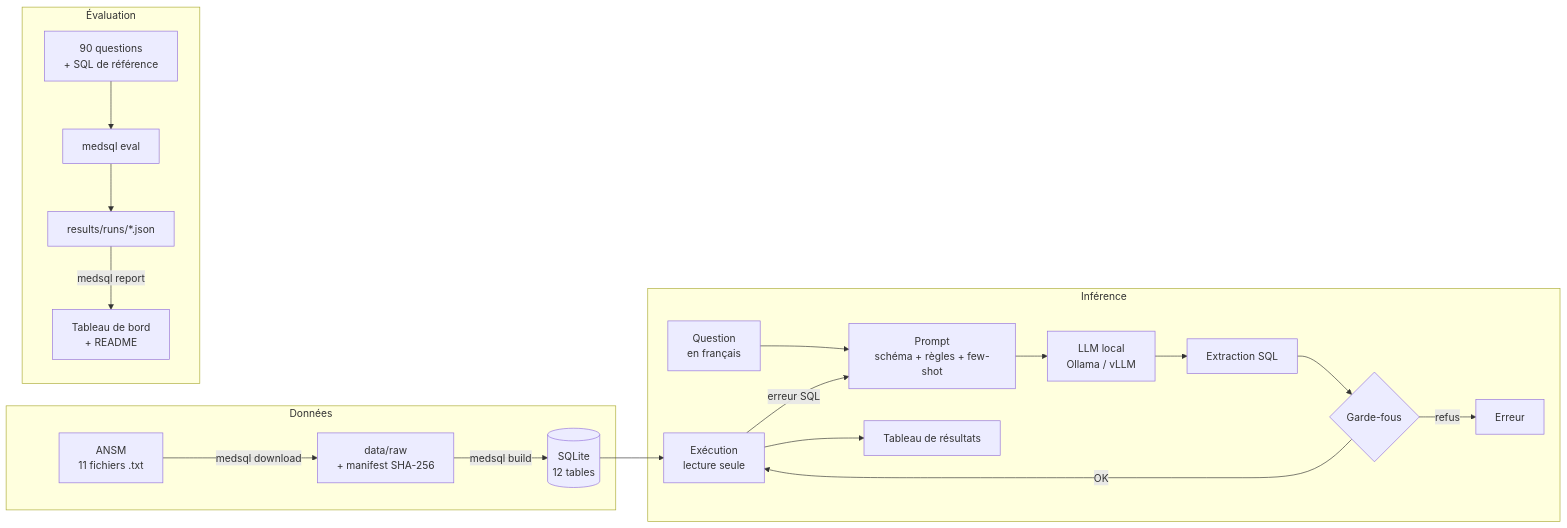
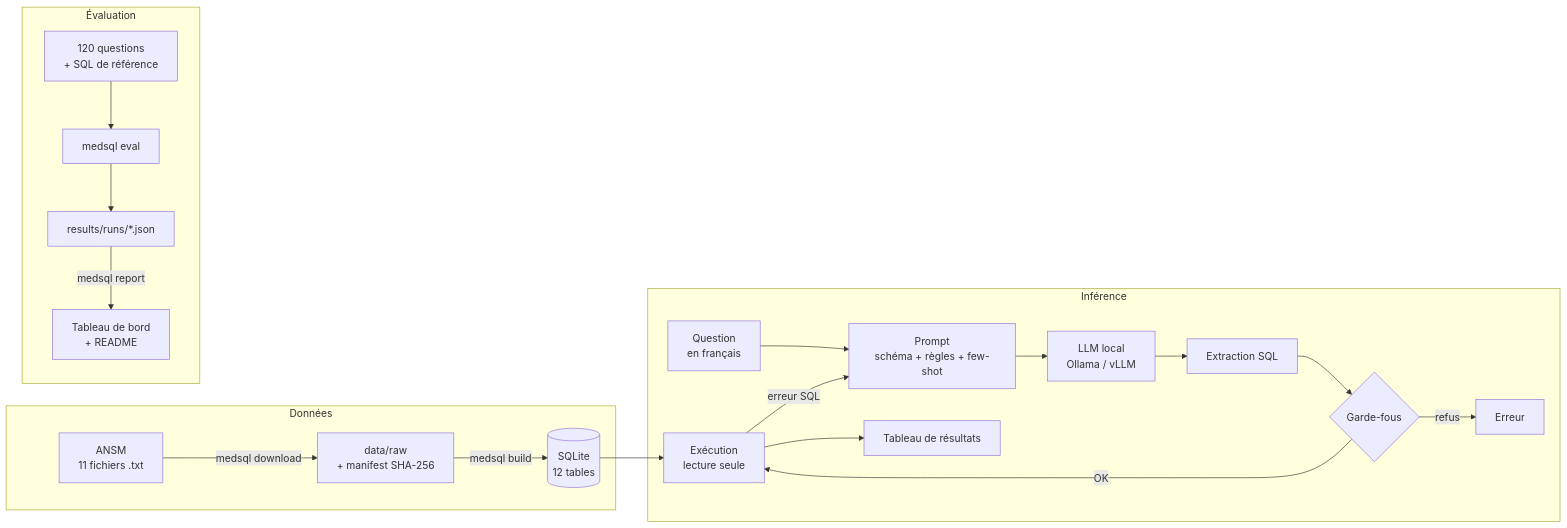
Before and after one commit to GracielaTHOO/TEXT_TO_SQL4DRUGS: the diagram in docs/architecture.md, drawn with Mermaid. The commit also changed 22 other files, not shown here.

First line of the commit message:
feat(eval): abstention sur 10 questions hors périmètre, jeu porté à 120

````diff
--- a/docs/architecture.md
+++ b/docs/architecture.md
@@ -5,23 +5,23 @@
 ```mermaid
 flowchart LR
     subgraph Données
         A[ANSM<br/>11 fichiers .txt] -->|medsql download| B[data/raw<br/>+ manifest SHA-256]
         B -->|medsql build| C[(SQLite<br/>12 tables)]
     end
     subgraph Inférence
         Q[Question<br/>en français] --> P[Prompt<br/>schéma + règles + few-shot]
         P --> L[LLM local<br/>Ollama / vLLM]
         L --> X[Extraction SQL]
         X --> G{Garde-fous}
         G -->|refus| E[Erreur]
         G -->|OK| R[Exécution<br/>lecture seule]
         R -->|erreur SQL| P
         R --> T[Tableau de résultats]
     end
     C --> R
     subgraph Évaluation
-        D[90 questions<br/>+ SQL de référence] --> V[medsql eval]
+        D[120 questions<br/>+ SQL de référence] --> V[medsql eval]
         V --> J[results/runs/*.json]
         J -->|medsql report| H[Tableau de bord<br/>+ README]
     end
 ```
````
